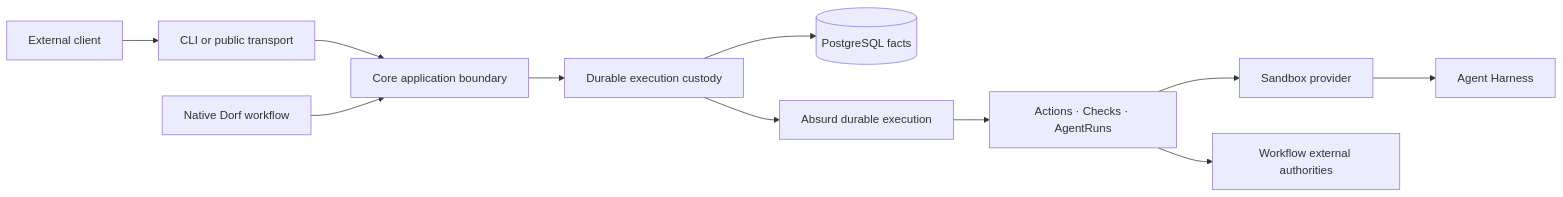
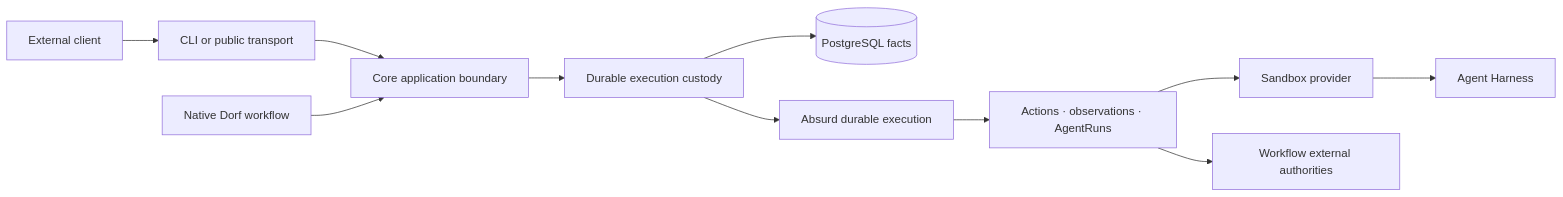
Before and after one commit to aphronio/dorf: the diagram in docs/project/architecture.md, drawn with Mermaid. The commit also changed other lines of this file and 52 other files, not shown here.

````diff
--- a/docs/project/architecture.md
+++ b/docs/project/architecture.md
@@ -11,13 +11,13 @@
 ```mermaid
 flowchart LR
     Client["External client"] --> Transport["CLI or public transport"]
     Transport --> Core["Core application boundary"]
     Workflow["Native Dorf workflow"] --> Core
     Core --> Custody["Durable execution custody"]
     Custody --> PG[("PostgreSQL facts")]
     Custody --> Absurd["Absurd durable execution"]
-    Absurd --> Edge["Actions · Checks · AgentRuns"]
+    Absurd --> Edge["Actions · observations · AgentRuns"]
     Edge --> Sandbox["Sandbox provider"]
     Edge --> External["Workflow external authorities"]
     Sandbox --> Harness["Agent Harness"]
 ```
````
